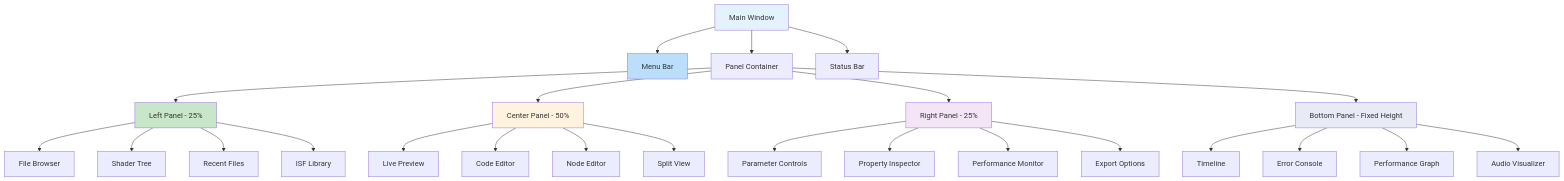
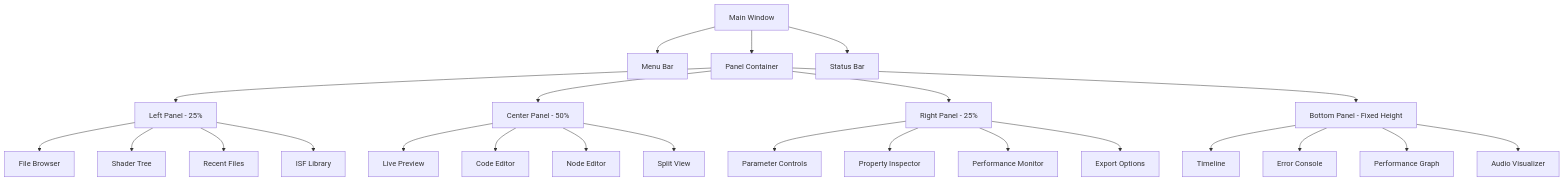
Before and after one commit to compiling-org/WGSL-Shader-Studio: the fourth of 20 diagrams in docs/TECHNICAL_ARCHITECTURE_REFERENCE.md, drawn with Mermaid. The commit also changed other lines of this file and 37 other files, not shown here.

Commit message:
docs: reality-aligned content updates; diagrams unchanged; roadmap fix; systems reference wiring; PRD narrative adjusted; tech-arch reference note

````diff
--- a/docs/TECHNICAL_ARCHITECTURE_REFERENCE.md
+++ b/docs/TECHNICAL_ARCHITECTURE_REFERENCE.md
@@ -100,38 +76,31 @@
 ```mermaid
-graph TD
+flowchart TD
     A[Main Window] --> B[Menu Bar]
     A --> C[Panel Container]
     A --> D[Status Bar]
     
     C --> E[Left Panel - 25%]
     C --> F[Center Panel - 50%]
     C --> G[Right Panel - 25%]
     C --> H[Bottom Panel - Fixed Height]
     
     E --> E1[File Browser]
     E --> E2[Shader Tree]
     E --> E3[Recent Files]
     E --> E4[ISF Library]
     
     F --> F1[Live Preview]
     F --> F2[Code Editor]
     F --> F3[Node Editor]
     F --> F4[Split View]
     
     G --> G1[Parameter Controls]
     G --> G2[Property Inspector]
     G --> G3[Performance Monitor]
     G --> G4[Export Options]
     
     H --> H1[Timeline]
     H --> H2[Error Console]
     H --> H3[Performance Graph]
     H --> H4[Audio Visualizer]
-    
-    style A fill:#e3f2fd
-    style B fill:#bbdefb
-    style E fill:#c8e6c9
-    style F fill:#fff3e0
-    style G fill:#f3e5f5
-    style H fill:#e8eaf6
 ```
````
